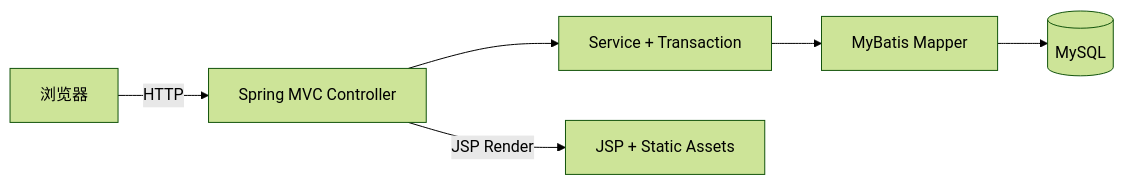
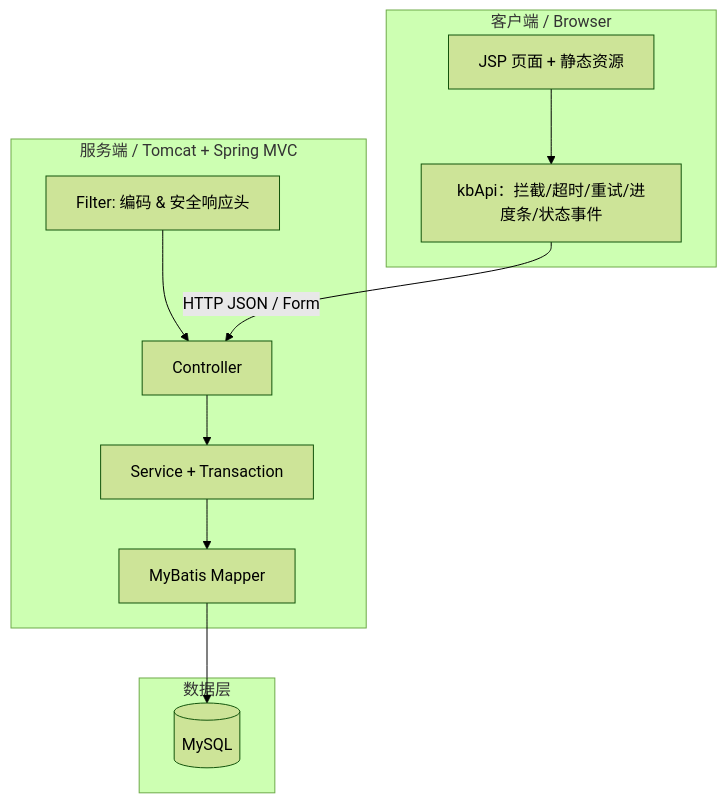
Before and after one commit to TUR1412/K-Book: the first of 2 diagrams in README.md, drawn with Mermaid (forest theme). The commit also changed other lines of this file and 12 other files, not shown here.

Commit message:
feat: add kbApi net loop, typed JS, and interactive docs

````diff
--- a/README.md
+++ b/README.md
@@ -51,8 +51,23 @@
 ```mermaid
-flowchart LR
-  Browser[浏览器] -->|HTTP| MVC[Spring MVC Controller]
-  MVC --> Service[Service + Transaction]
-  Service --> Mapper[MyBatis Mapper]
-  Mapper --> DB[(MySQL)]
-  MVC -->|JSP Render| View[JSP + Static Assets]
+flowchart TB
+  subgraph Client[客户端 / Browser]
+    View[JSP 页面 + 静态资源]
+    Net[kbApi：拦截/超时/重试/进度条/状态事件]
+    View --> Net
+  end
+
+  subgraph Server[服务端 / Tomcat + Spring MVC]
+    Filter[Filter: 编码 & 安全响应头]
+    Ctrl[Controller]
+    Svc[Service + Transaction]
+    Mapper[MyBatis Mapper]
+    Filter --> Ctrl --> Svc --> Mapper
+  end
+
+  subgraph Data[数据层]
+    DB[(MySQL)]
+  end
+
+  Net -->|HTTP JSON / Form| Ctrl
+  Mapper --> DB
 ```
````
